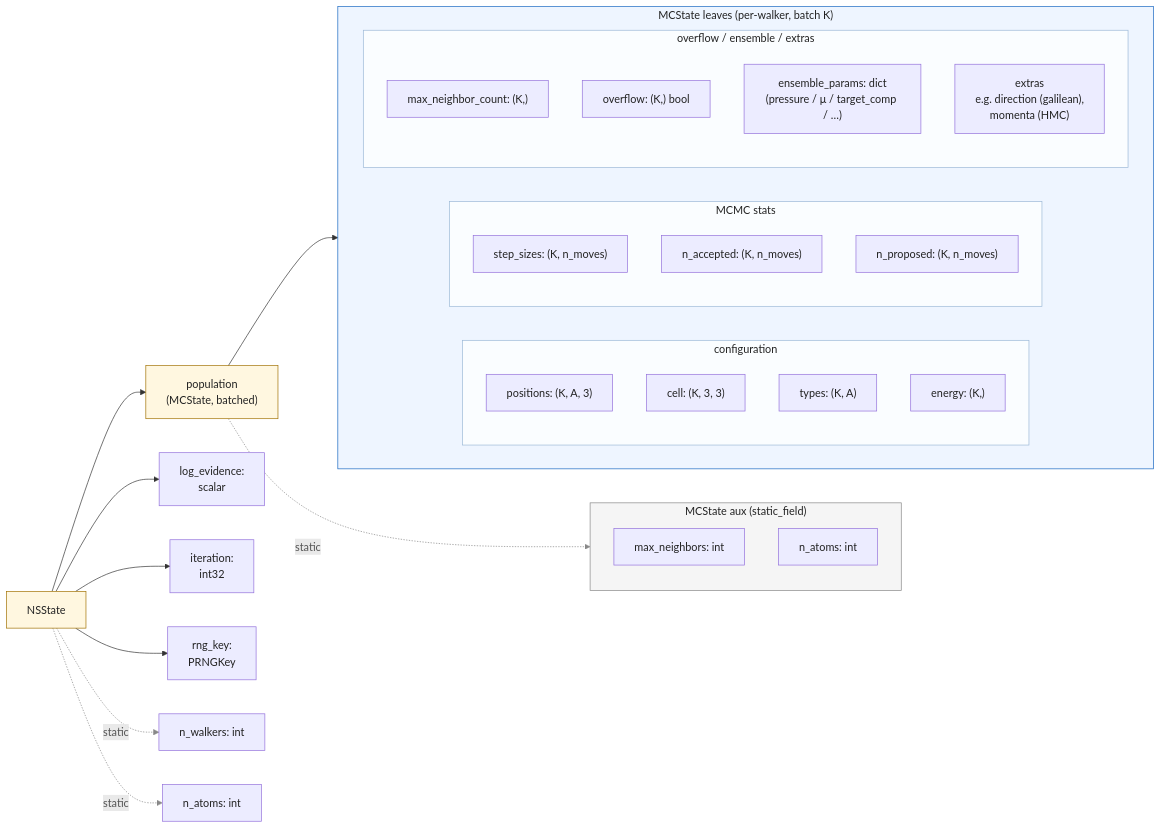
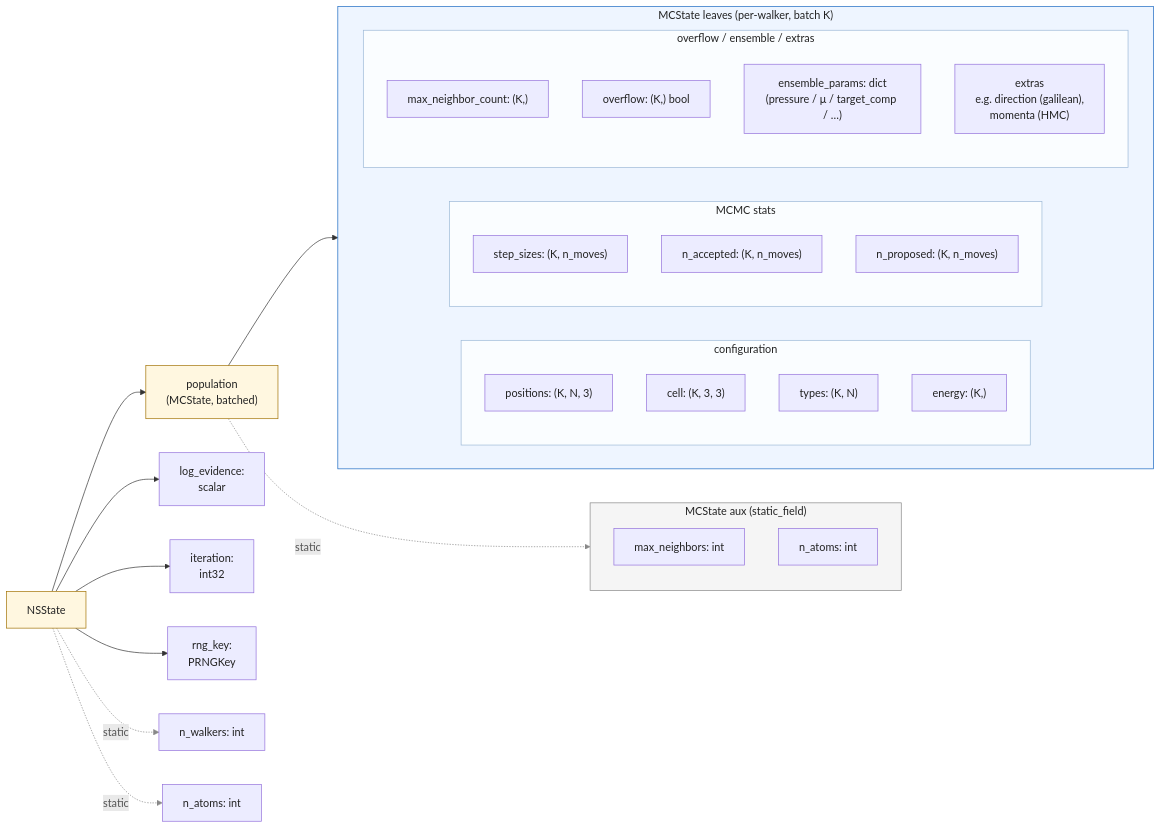
Before and after one commit to nunglert/jaxrens: the diagram in docs/user/concepts/pytree_state.md, drawn with Mermaid. The commit also changed other lines of this file and 12 other files, not shown here.

````diff
--- a/docs/user/concepts/pytree_state.md
+++ b/docs/user/concepts/pytree_state.md
@@ -21,54 +21,54 @@
 ```{mermaid}
 flowchart LR
     NS["NSState"]
     NS --> P["population<br/>(MCState, batched)"]
     NS --> LZ["log_evidence:<br/>scalar"]
     NS --> IT["iteration:<br/>int32"]
     NS --> KEY["rng_key:<br/>PRNGKey"]
     NS -. static .-> NW["n_walkers: int"]
     NS -. static .-> NA0["n_atoms: int"]
 
     subgraph MC_leaves["MCState leaves (per-walker, batch K)"]
         direction LR
         subgraph mc_config["configuration"]
             direction TB
-            POS["positions: (K, A, 3)"]
+            POS["positions: (K, N, 3)"]
             CELL["cell: (K, 3, 3)"]
-            TYP["types: (K, A)"]
+            TYP["types: (K, N)"]
             EN["energy: (K,)"]
         end
         subgraph mc_mcmc["MCMC stats"]
             direction TB
             SS["step_sizes: (K, n_moves)"]
             ACC["n_accepted: (K, n_moves)"]
             PROP["n_proposed: (K, n_moves)"]
         end
         subgraph mc_misc["overflow / ensemble / extras"]
             direction TB
             MNC["max_neighbor_count: (K,)"]
             OV["overflow: (K,) bool"]
             EP["ensemble_params: dict<br/>(pressure / μ / target_comp / …)"]
             EX["extras<br/>e.g. direction (galilean),<br/>momenta (HMC)"]
         end
     end
 
     subgraph MC_aux["MCState aux (static_field)"]
         direction TB
         MN["max_neighbors: int"]
         NA1["n_atoms: int"]
     end
 
     P --> MC_leaves
     P -. static .-> MC_aux
 
     classDef root fill:#fff7e0,stroke:#a07000,color:#222
     classDef leafBox fill:#eef5ff,stroke:#1565c0,color:#222
     classDef auxBox fill:#f5f5f5,stroke:#888,color:#222
     classDef colBox fill:#fafdff,stroke:#9bb8d6,color:#222
     class NS,P root
     class MC_leaves leafBox
     class MC_aux auxBox
     class mc_config,mc_mcmc,mc_misc colBox
 
     linkStyle 4,5,7 stroke:#888,color:#555
 ```
````
